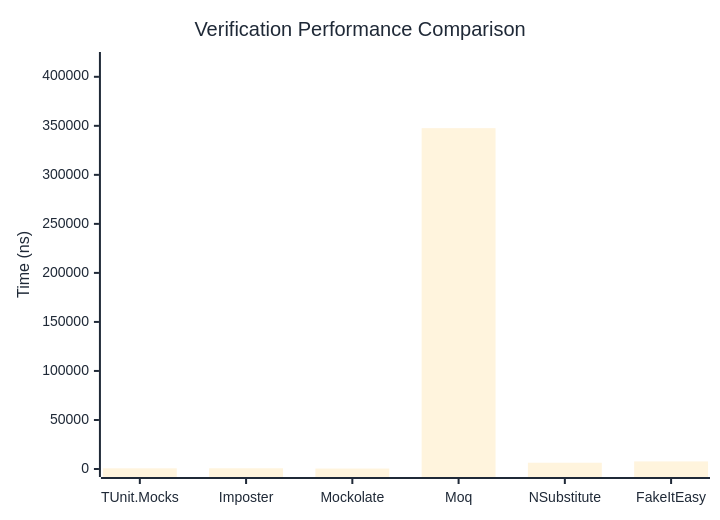
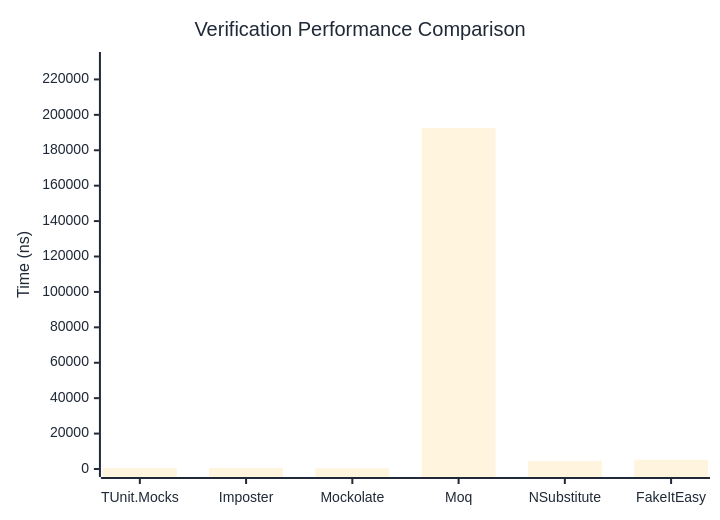
One commit to thomhurst/TUnit changed the first of 3 diagrams in docs/docs/benchmarks/mocks/Verification.md. Above: the diagram before and after it, drawn with Mermaid. The commit also changed other lines of this file and 14 other files, not shown here.

````diff
--- a/docs/docs/benchmarks/mocks/Verification.md
+++ b/docs/docs/benchmarks/mocks/Verification.md
@@ -28,27 +28,27 @@
 ```mermaid
 %%{init: {
   'theme':'base',
   'themeVariables': {
     'primaryColor': '#2563eb',
     'primaryTextColor': '#1f2937',
     'primaryBorderColor': '#1e40af',
     'lineColor': '#6b7280',
     'secondaryColor': '#7c3aed',
     'tertiaryColor': '#dc2626',
     'background': '#ffffff',
     'pie1': '#2563eb',
     'pie2': '#7c3aed',
     'pie3': '#dc2626',
     'pie4': '#f59e0b',
     'pie5': '#10b981',
     'pie6': '#06b6d4',
     'pie7': '#ec4899',
     'pie8': '#6366f1'
   }
 }}%%
 xychart-beta
   title "Verification Performance Comparison"
   x-axis ["TUnit.Mocks", "Imposter", "Mockolate", "Moq", "NSubstitute", "FakeItEasy"]
-  y-axis "Time (ns)" 0 --> 417128
-  bar [679.79, 746, 437.1, 347606.59, 6402.1, 7738.71]
+  y-axis "Time (ns)" 0 --> 230973
+  bar [540.99, 530.76, 356.76, 192477.33, 4568.82, 5231.81]
 ```
````
